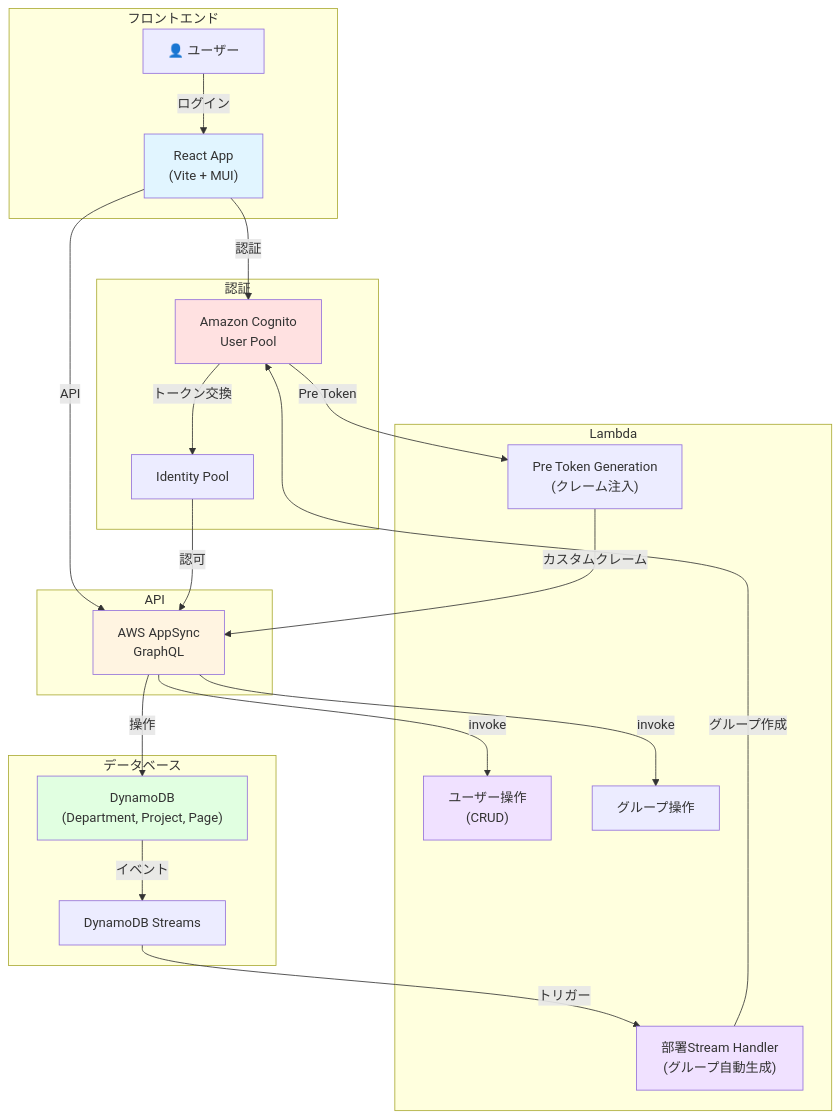
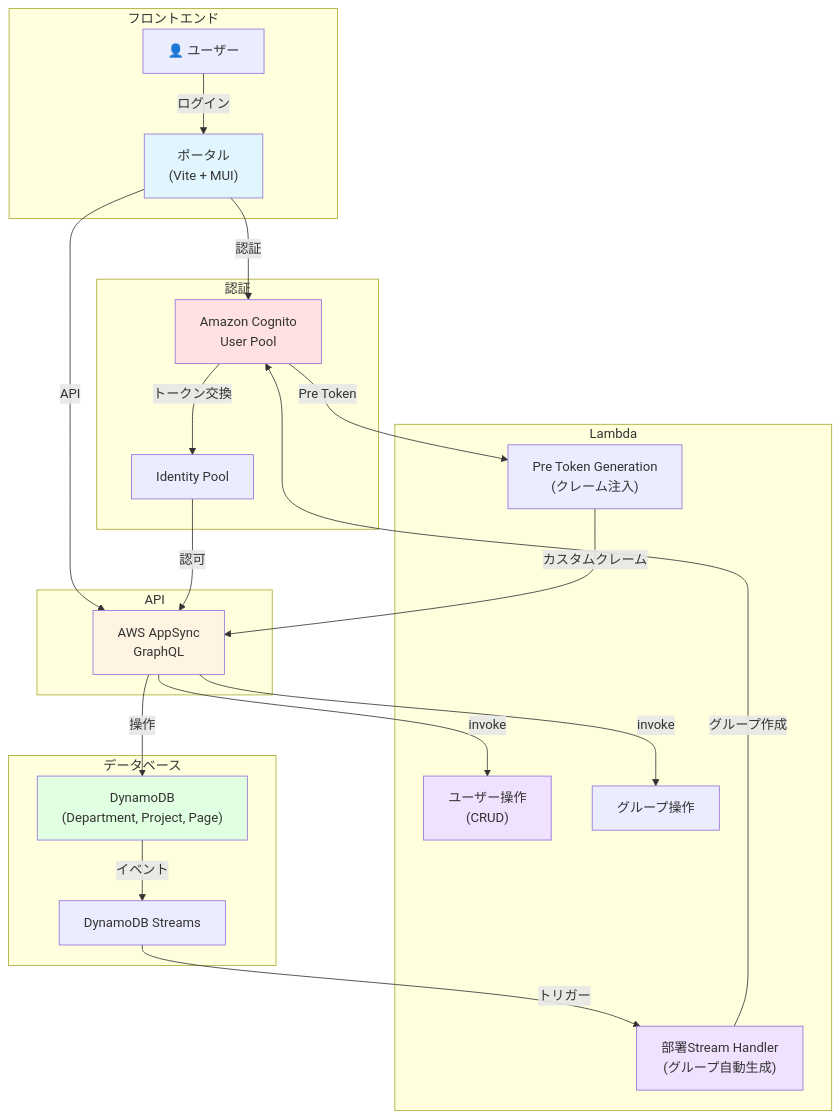
The diagram in apps/portal/README.md (kyiwanami/workops-suite-monorepo), drawn with Mermaid before and after one commit. The commit also changed 5 other files, not shown here.

````diff
--- a/apps/portal/README.md
+++ b/apps/portal/README.md
@@ -52,50 +52,50 @@
 ```mermaid
 graph TB
     subgraph Frontend["フロントエンド"]
         User["👤 ユーザー"]
-        React["React App<br/>(Vite + MUI)"]
+        React["ポータル<br/>(Vite + MUI)"]
     end
 
     subgraph Auth["認証"]
         Cognito["Amazon Cognito<br/>User Pool"]
         Identity["Identity Pool"]
     end
 
     subgraph API["API"]
         AppSync["AWS AppSync<br/>GraphQL"]
     end
 
     subgraph Database["データベース"]
         DynamoDB["DynamoDB<br/>(Department, Project, Page)"]
         Streams["DynamoDB Streams"]
     end
 
     subgraph Functions["Lambda"]
         UserOps["ユーザー操作<br/>(CRUD)"]
         GroupOps["グループ操作<br/>"]
         DeptStream["部署Stream Handler<br/>(グループ自動生成)"]
         PreToken["Pre Token Generation<br/>(クレーム注入)"]
     end
 
     User -->|ログイン| React
     React -->|認証| Cognito
     React -->|API| AppSync
     Cognito -->|トークン交換| Identity
     Identity -->|認可| AppSync
 
     AppSync -->|操作| DynamoDB
     DynamoDB -->|イベント| Streams
     Streams -->|トリガー| DeptStream
     AppSync -->|invoke| UserOps
     AppSync -->|invoke| GroupOps
     DeptStream -->|グループ作成| Cognito
     Cognito -->|Pre Token| PreToken
     PreToken -->|カスタムクレーム| AppSync
 
     style React fill:#e1f5ff
     style Cognito fill:#ffe1e1
     style AppSync fill:#fff4e1
     style DynamoDB fill:#e1ffe1
     style UserOps fill:#f0e1ff
     style DeptStream fill:#f0e1ff
 ```
````
